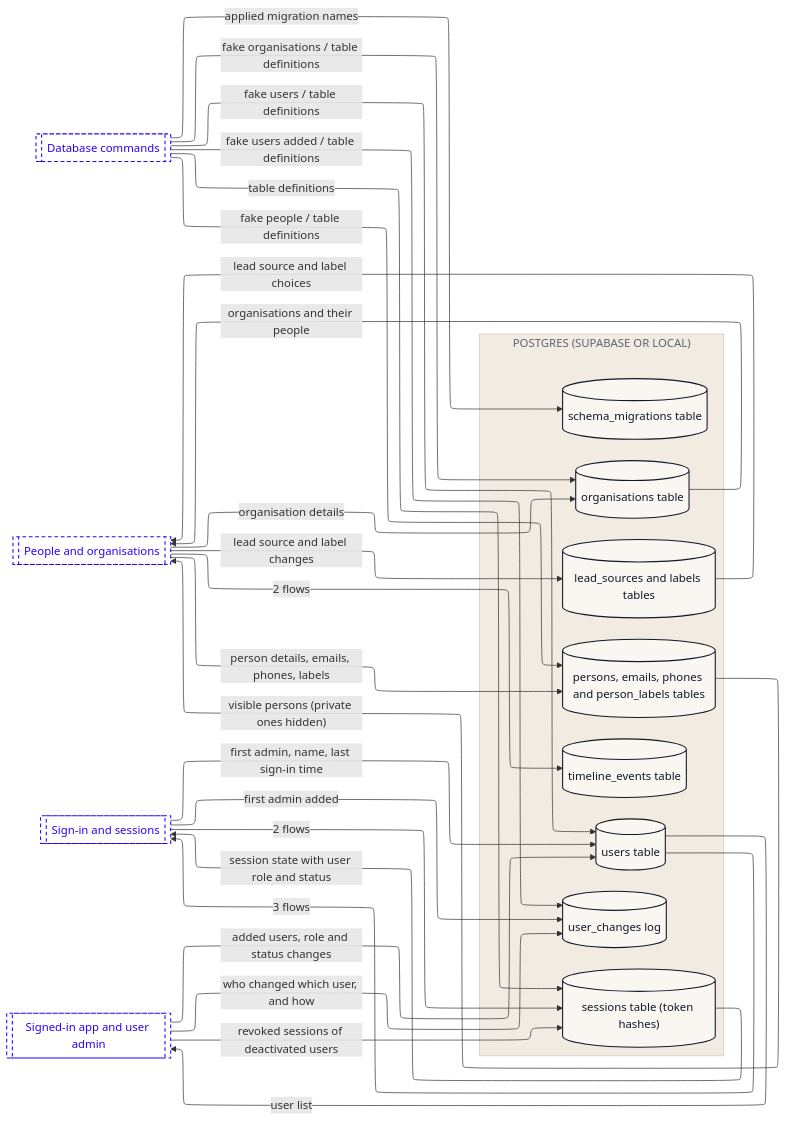
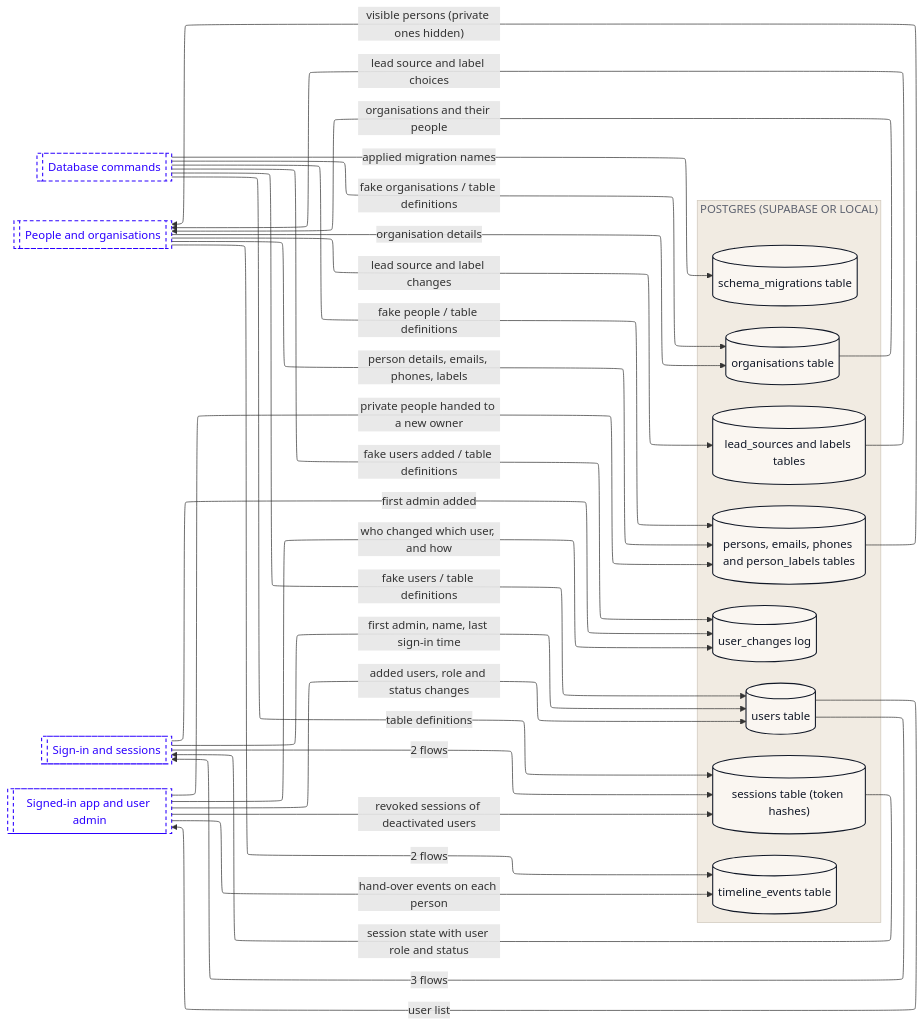
The third of 8 diagrams in dataflow/DATAFLOW.md (Romain-Perche/Barnacle-Pipe), drawn with Mermaid before and after one commit. The commit also changed other lines of this file and 9 other files, not shown here.

````diff
--- a/dataflow/DATAFLOW.md
+++ b/dataflow/DATAFLOW.md
@@ -127,52 +128,54 @@
 ```mermaid
 ---
 config:
   layout: elk
 ---
 flowchart LR
     subgraph z1["POSTGRES (SUPABASE OR LOCAL)"]
         n1[("lead_sources and labels tables")]
         n2[("organisations table")]
         n3[("persons, emails, phones and person_labels tables")]
         n4[("schema_migrations table")]
         n5[("sessions table (token hashes)")]
         n6[("timeline_events table")]
         n7[("user_changes log")]
         n8[("users table")]
     end
     n9[["Database commands"]]
     n10[["People and organisations"]]
     n11[["Sign-in and sessions"]]
     n12[["Signed-in app and user admin"]]
     n10 -->|"lead source and label changes"| n1
     n1 -->|"lead source and label choices"| n10
     n11 -->|"2 flows"| n5
     n11 -->|"first admin added"| n7
     n11 -->|"first admin, name, last sign-in time"| n8
     n9 -->|"fake organisations / table definitions"| n2
     n9 -->|"fake people / table definitions"| n3
     n9 -->|"applied migration names"| n4
     n9 -->|"table definitions"| n5
     n9 -->|"fake users added / table definitions"| n7
     n9 -->|"fake users / table definitions"| n8
     n10 -->|"organisation details"| n2
     n10 -->|"2 flows"| n6
     n2 -->|"organisations and their people"| n10
     n10 -->|"person details, emails, phones, labels"| n3
     n3 -->|"visible persons (private ones hidden)"| n10
     n5 -->|"session state with user role and status"| n11
+    n12 -->|"private people handed to a new owner"| n3
     n12 -->|"revoked sessions of deactivated users"| n5
+    n12 -->|"hand-over events on each person"| n6
     n12 -->|"who changed which user, and how"| n7
     n12 -->|"added users, role and status changes"| n8
     n8 -->|"3 flows"| n11
     n8 -->|"user list"| n12
     classDef actor fill:#FFFFFF,stroke:#111827,stroke-width:1px,color:#111827
     classDef process fill:#EDEAFF,stroke:#2B00FF,stroke-width:1.5px,color:#111827
     classDef store fill:#FAF6F1,stroke:#111827,stroke-width:1.5px,color:#111827
     classDef zone fill:#1A1A1A,stroke:#1A1A1A,color:#FFFFFF
     classDef group fill:#2B00FF,stroke:#2B00FF,color:#FFFFFF
     classDef stub fill:#FFFFFF,stroke:#2B00FF,stroke-width:1.5px,stroke-dasharray:5 4,color:#2B00FF
     class n1,n2,n3,n4,n5,n6,n7,n8 store
     class n9,n10,n11,n12 stub
     style z1 fill:#F1EBE2,stroke:#CFC7BB,color:#5D6270
 ```
````
